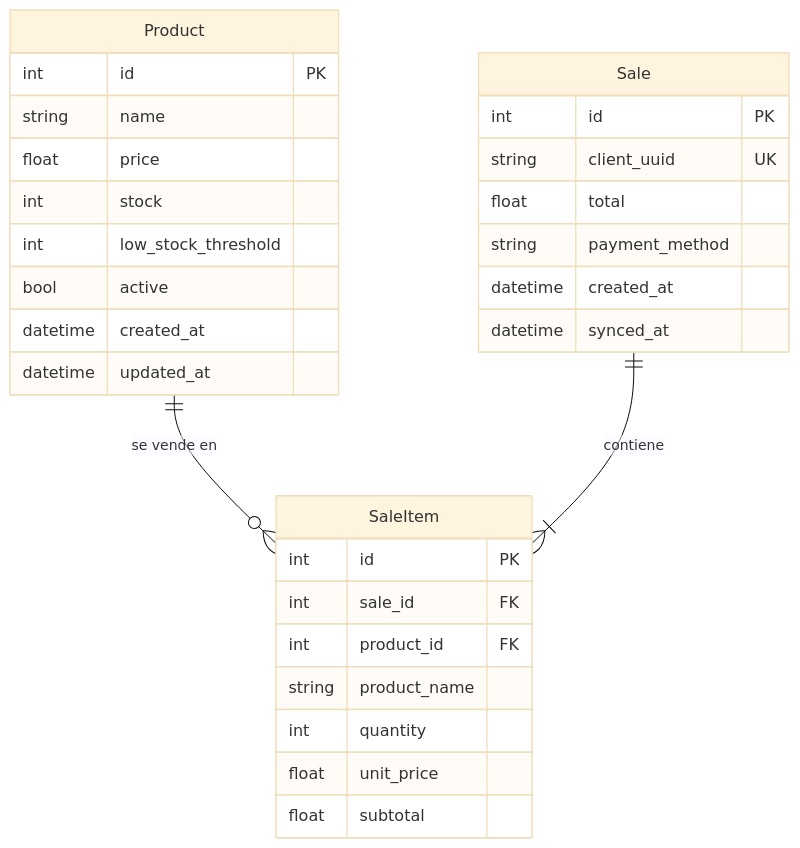
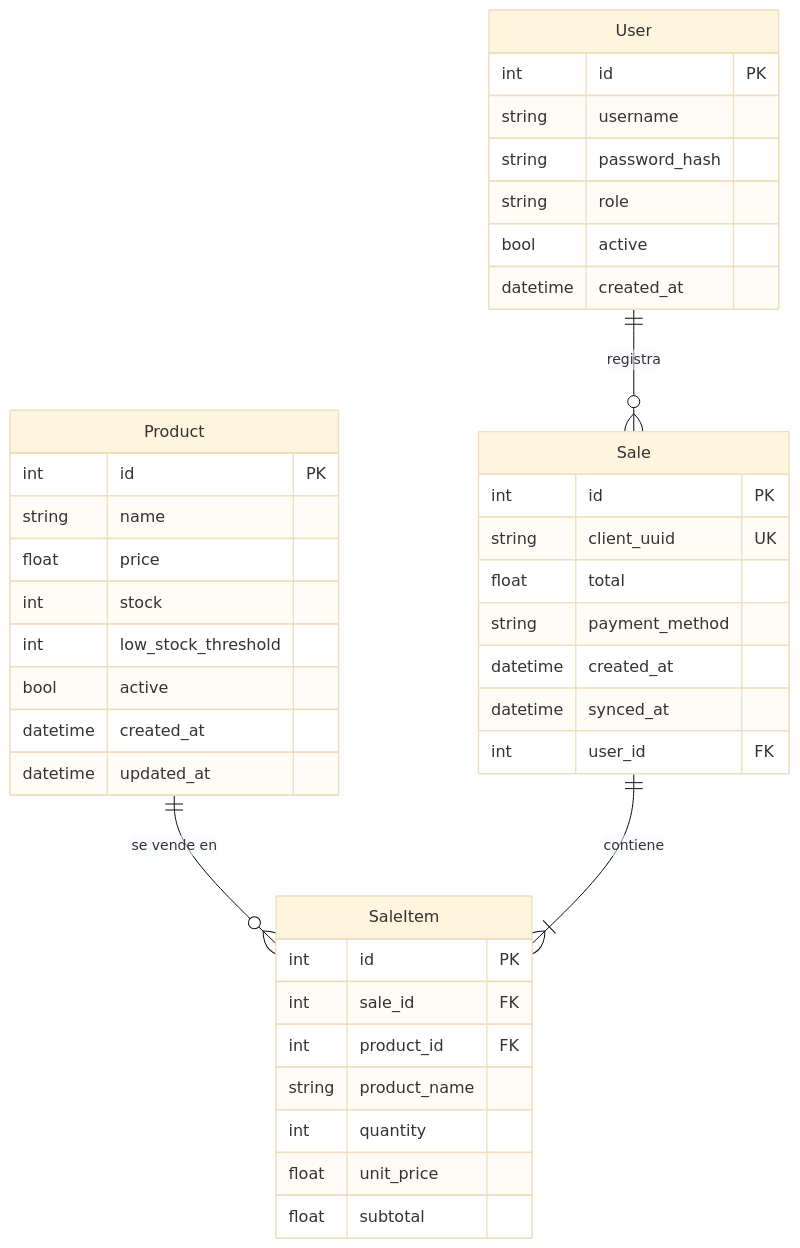
One commit to ArturoFrancoMozqueda/sweet_home_pos changed the fourth of 4 diagrams in README.md. Above: the diagram before and after it, drawn with Mermaid (base theme). The commit also changed other lines of this file, not shown here.

````diff
--- a/README.md
+++ b/README.md
@@ -149,35 +167,46 @@
 ```mermaid
 erDiagram
+    User {
+        int id PK
+        string username
+        string password_hash
+        string role
+        bool active
+        datetime created_at
+    }
+
     Product {
         int id PK
         string name
         float price
         int stock
         int low_stock_threshold
         bool active
         datetime created_at
         datetime updated_at
     }
 
     Sale {
         int id PK
         string client_uuid UK
         float total
         string payment_method
         datetime created_at
         datetime synced_at
+        int user_id FK
     }
 
     SaleItem {
         int id PK
         int sale_id FK
         int product_id FK
         string product_name
         int quantity
         float unit_price
         float subtotal
     }
 
+    User ||--o{ Sale : "registra"
     Product ||--o{ SaleItem : "se vende en"
     Sale ||--|{ SaleItem : "contiene"
 ```
````
